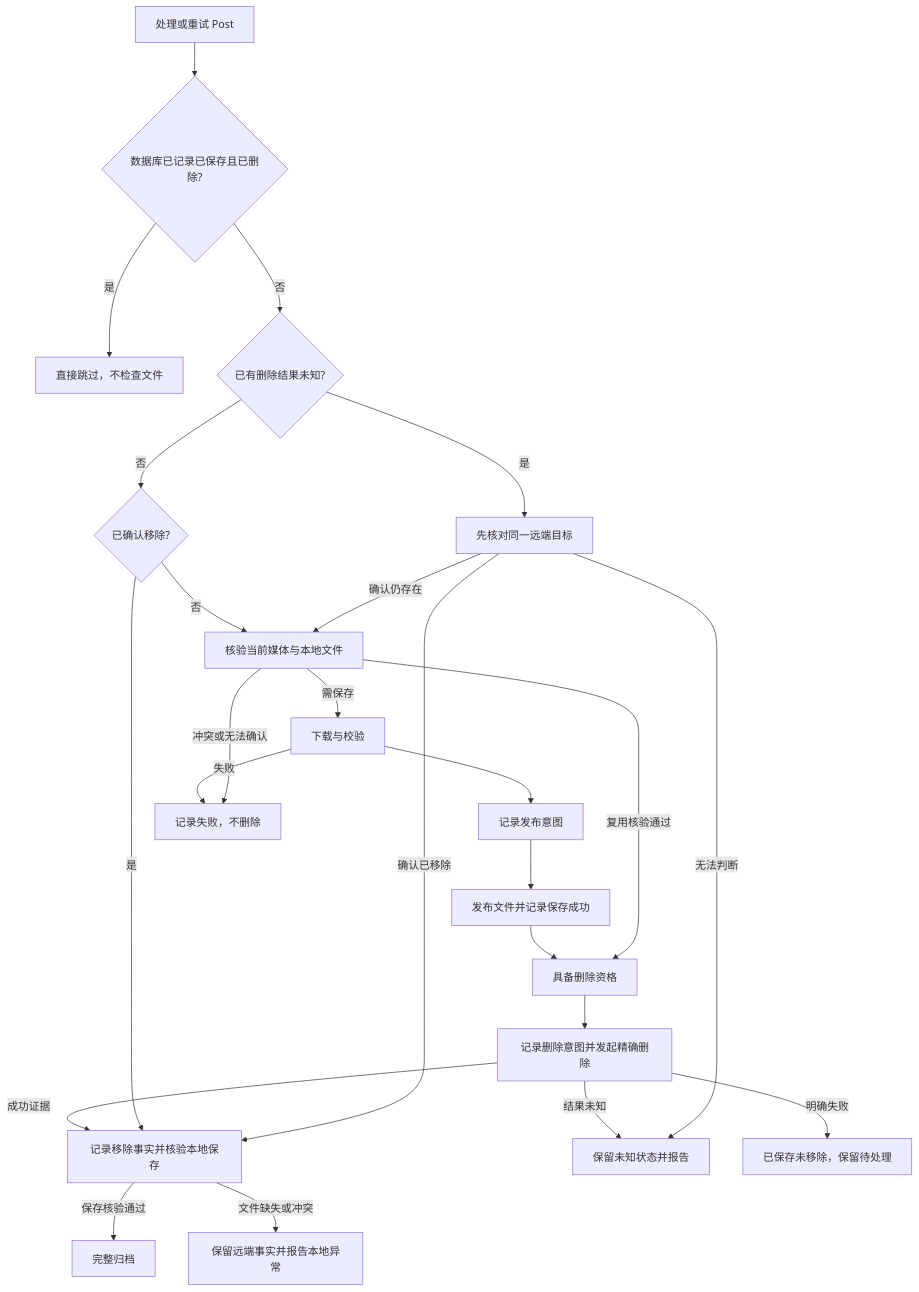
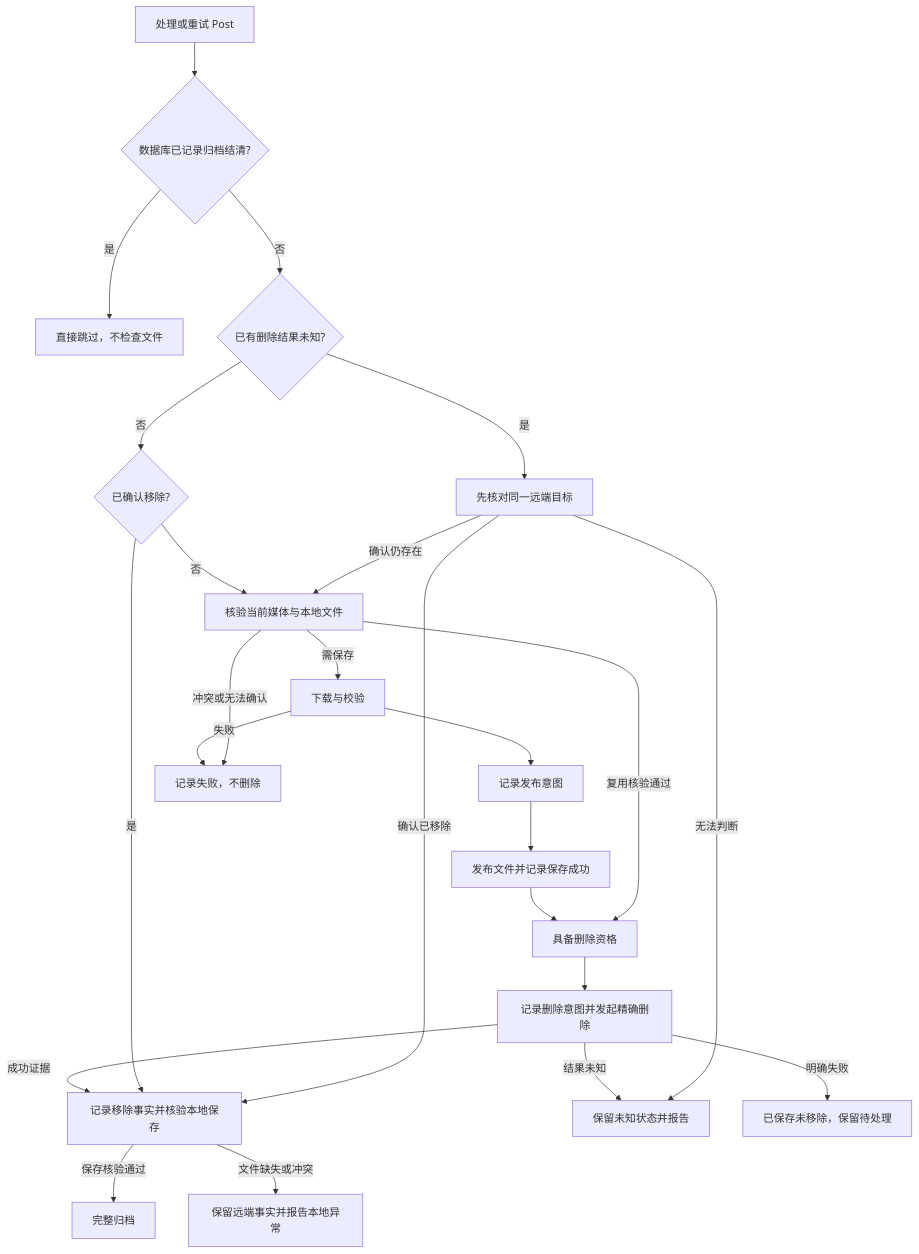
The second of 2 diagrams in ARCHITECTURE.md (watchzerg/grok-media-saver), drawn with Mermaid before and after one commit. The commit also changed other lines of this file and 6 other files, not shown here.

````diff
--- a/ARCHITECTURE.md
+++ b/ARCHITECTURE.md
@@ -148,26 +154,26 @@
 ```mermaid
 flowchart TD
-    A[处理或重试 Post] --> DONE{数据库已记录已保存且已删除?}
+    A[处理或重试 Post] --> DONE{数据库已记录归档结清?}
     DONE -->|是| S[直接跳过，不检查文件]
     DONE -->|否| B{已有删除结果未知?}
     B -->|是| C[先核对同一远端目标]
     C -->|确认已移除| D[记录移除事实并核验本地保存]
     C -->|确认仍存在| E[核验当前媒体与本地文件]
     C -->|无法判断| U[保留未知状态并报告]
     B -->|否| F{已确认移除?}
     F -->|是| D
     F -->|否| E
     E -->|需保存| G[下载与校验]
     G --> H[记录发布意图]
     H --> I[发布文件并记录保存成功]
     E -->|复用核验通过| J[具备删除资格]
     I --> J
     J --> K[记录删除意图并发起精确删除]
     K -->|成功证据| D
     K -->|结果未知| U
     K -->|明确失败| V[已保存未移除，保留待处理]
     D -->|保存核验通过| W[完整归档]
     D -->|文件缺失或冲突| X[保留远端事实并报告本地异常]
     E -->|冲突或无法确认| Y[记录失败，不删除]
     G -->|失败| Y
 ```
````
